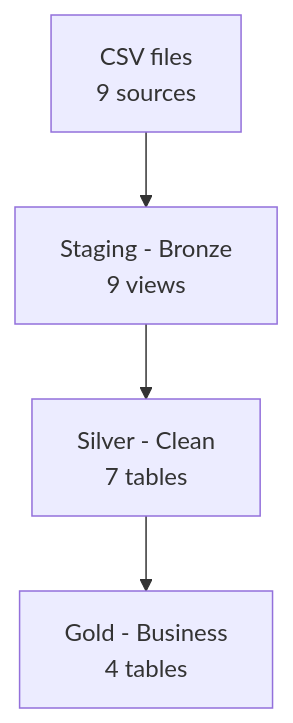
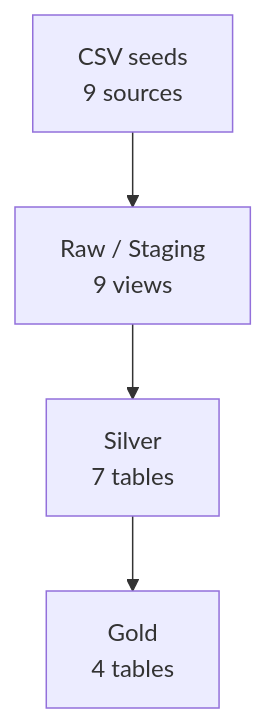
Before and after one commit to Pranay-DE/olist-dbt-pipeline: the diagram in README.md, drawn with Mermaid. The commit also changed other lines of this file, not shown here.

````diff
--- a/README.md
+++ b/README.md
@@ -14,6 +19,6 @@
 ```mermaid
 flowchart TD
-    A[CSV files<br/>9 sources] --> B[Staging - Bronze<br/>9 views]
-    B --> C[Silver - Clean<br/>7 tables]
-    C --> D[Gold - Business<br/>4 tables]
+    A[CSV seeds<br/>9 sources] --> B[Raw / Staging<br/>9 views]
+    B --> C[Silver<br/>7 tables]
+    C --> D[Gold<br/>4 tables]
 ```
````
